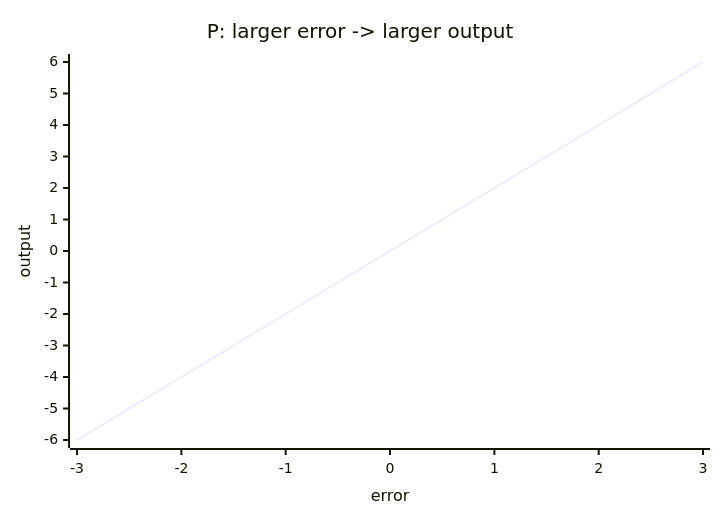
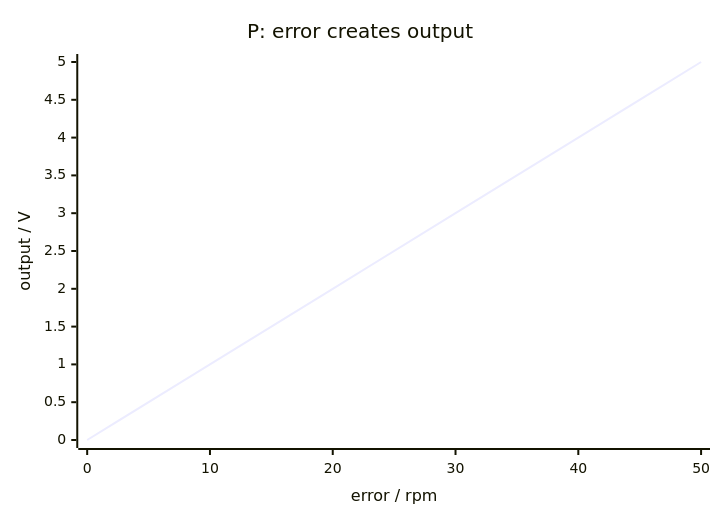
One commit to inaku-Gyan/RM-EC-Tutorial-2026-Summer changed the fifth of 17 diagrams in decks/kinematics-pid/slides.md. Above: the diagram before and after it, drawn with Mermaid. The commit also changed other lines of this file, not shown here.

````diff
--- a/decks/kinematics-pid/slides.md
+++ b/decks/kinematics-pid/slides.md
@@ -466,7 +487,7 @@
 ```mermaid
 xychart-beta
-  title "P: larger error -> larger output"
-  x-axis "error" [-3, -2, -1, 0, 1, 2, 3]
-  y-axis "output" -6 --> 6
-  line "P output" [-6, -4, -2, 0, 2, 4, 6]
+  title "P: error creates output"
+  x-axis "error / rpm" [0, 10, 20, 30, 40, 50]
+  y-axis "output / V" 0 --> 5
+  line "u_P" [0, 1, 2, 3, 4, 5]
 ```
````
